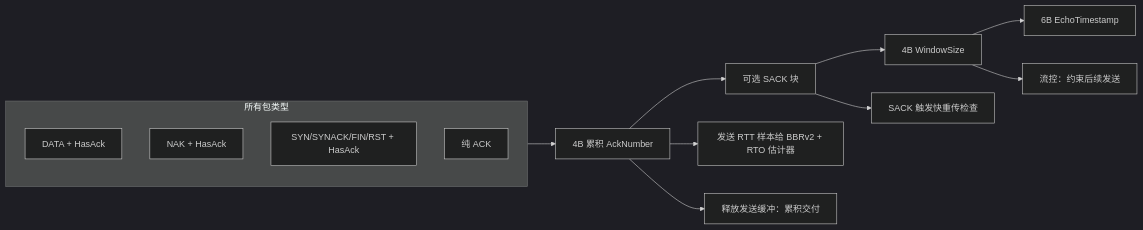
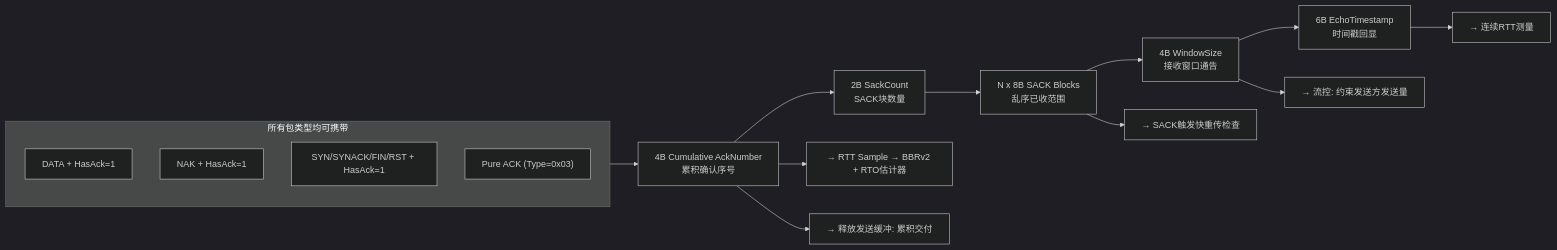
Before and after one commit to liulilittle/ucp: the second of 9 diagrams in docs/protocol_CN.md, drawn with Mermaid (dark theme). The commit also changed other lines of this file and 43 other files, not shown here.

````diff
--- a/docs/protocol_CN.md
+++ b/docs/protocol_CN.md
@@ -86,19 +87,21 @@
 ```mermaid
 flowchart LR
-    subgraph All[所有包类型]
-        Data[DATA + HasAck]
-        NAK[NAK + HasAck]
-        Control[SYN/SYNACK/FIN/RST + HasAck]
-        Pure[纯 ACK]
+    subgraph All["所有包类型均可携带"]
+        Data["DATA + HasAck=1"]
+        NAK["NAK + HasAck=1"]
+        Control["SYN/SYNACK/FIN/RST + HasAck=1"]
+        Pure["Pure ACK (Type=0x03)"]
     end
-
-    All --> AckField[4B 累积 AckNumber]
-    AckField --> SACK[可选 SACK 块]
-    SACK --> Window[4B WindowSize]
-    Window --> Echo[6B EchoTimestamp]
-
-    AckField --> RTT[发送 RTT 样本给 BBRv2 + RTO 估计器]
-    AckField --> Progress[释放发送缓冲：累积交付]
-    SACK --> Recovery[SACK 触发快重传检查]
-    Window --> Flow[流控：约束后续发送]
+    
+    All --> AckField["4B Cumulative AckNumber<br/>累积确认序号"]
+    AckField --> SackCount["2B SackCount<br/>SACK块数量"]
+    SackCount --> SACK["N x 8B SACK Blocks<br/>乱序已收范围"]
+    SACK --> Window["4B WindowSize<br/>接收窗口通告"]
+    Window --> Echo["6B EchoTimestamp<br/>时间戳回显"]
+    
+    AckField --> RTT["→ RTT Sample → BBRv2 + RTO估计器"]
+    AckField --> Progress["→ 释放发送缓冲: 累积交付"]
+    SACK --> Recovery["→ SACK触发快重传检查"]
+    Window --> Flow["→ 流控: 约束发送方发送量"]
+    Echo --> RTTMeas["→ 连续RTT测量"]
 ```
````
